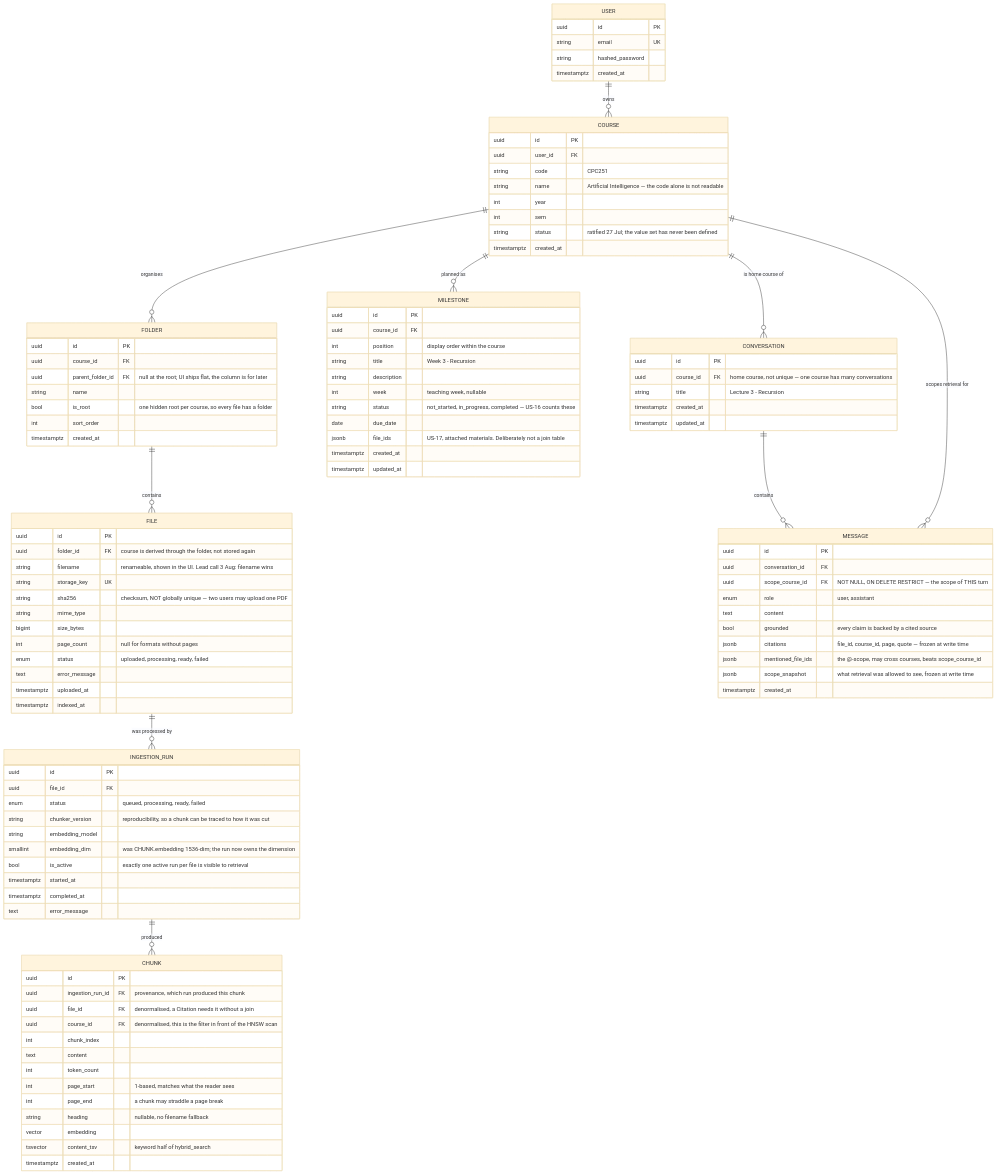
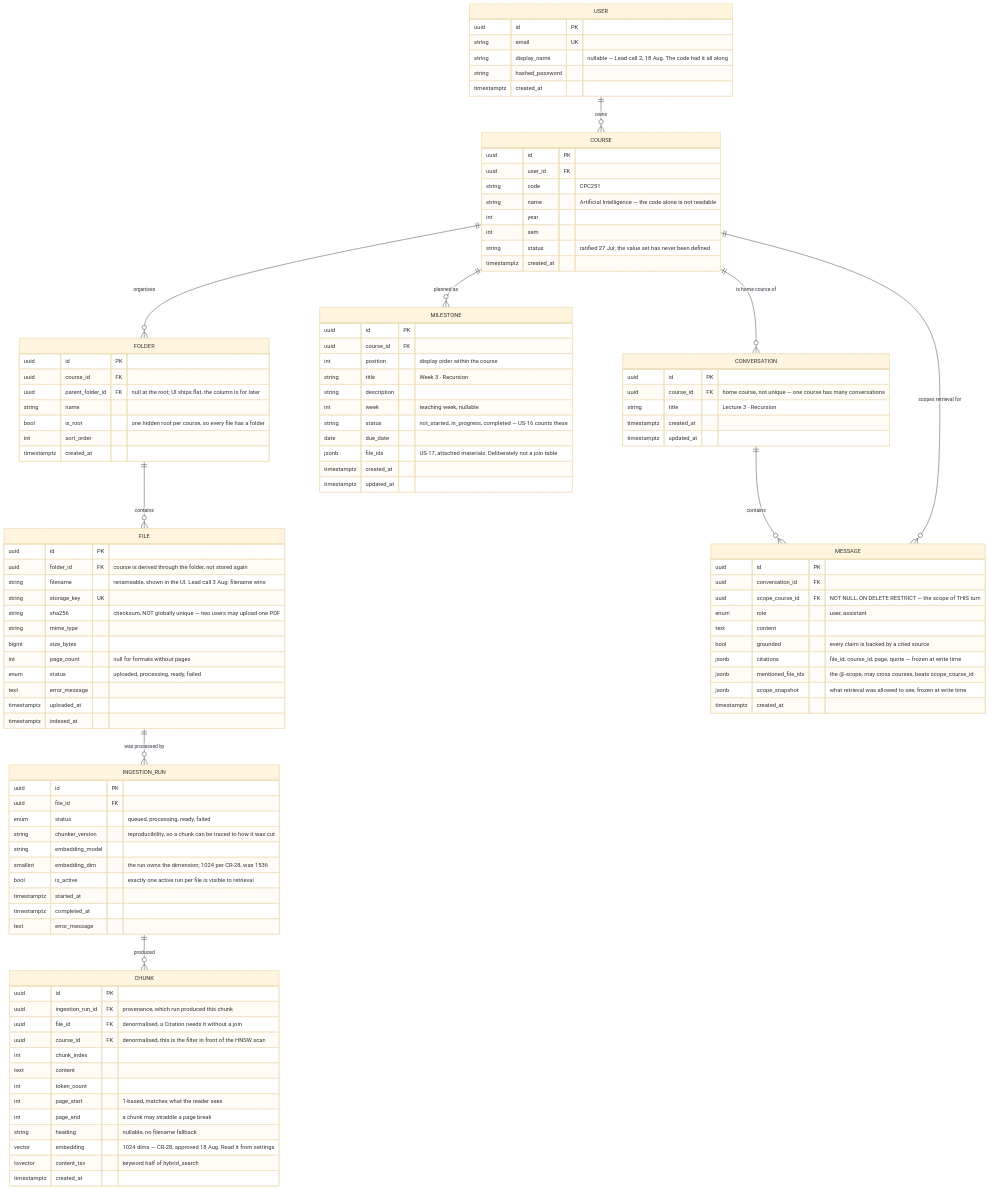
Before and after one commit to SussyMouse/NotToBeCooked: the diagram in docs/erd/erd.mmd, drawn with Mermaid (base theme). The commit also changed 2 other files, not shown here.

First paragraph of the commit message:
docs(erd): land the 18 Aug decisions — no finding is left marked "Open — 18 Aug"
The meeting carried all ten decisions on the recommendation. These three
documents were still written as if the night had not happened.

```diff
--- a/docs/erd/erd.mmd
+++ b/docs/erd/erd.mmd
@@ -56,6 +56,34 @@
 %%   datetime -> timestamptz throughout. Naive timestamps are not storable for a
 %%                       system whose citations must survive a re-index
 %% ---
+%% ---
+%% 18 Aug 2026 meeting. Ten decisions, all carried on the recommendation. The four
+%% that change this diagram:
+%%   D1  CONVERSATION and FILE both follow this diagram, not the code (option A).
+%%       So CONVERSATION keeps course_id alone and FILE hangs off FOLDER. The code
+%%       was aligned the same night — see docs/erd/CODE_VS_ERD.md
+%%   D2  MESSAGE keeps all three of scope_course_id, citations and scope_snapshot,
+%%       and scope_course_id keeps ON DELETE RESTRICT. This closes R3: the 15 Aug
+%%       CASCADE vote is superseded, not merely flagged
+%%   D3  CR-28 approved. The active embedding dimension is 1024, not 1536
+%%   Lead call 2  USER gains display_name. The column has existed in the code since
+%%       the first commit; the diagram was the side that was wrong
+%% Findings closed the same night:
+%%   R13 declined — no MESSAGE_SCOPE_COURSE junction table in v1. Reopens if US-12
+%%       produces an acceptance case that genuinely needs two courses on one turn
+%%   R14 accepted, then routed by Lead ruling to scope_snapshot rather than into
+%%       citations. A chunk id inside a citation breaks on re-index; inside a
+%%       snapshot a stale id is simply the record of what happened
+%%   R15 accepted — signup creates one "Unsorted" course, so course_id can stay
+%%       NOT NULL without making first run a dead end (routers/auth.py)
+%%   R16 declined — no soft delete in v1. Note the consequence: with RESTRICT on
+%%       MESSAGE.scope_course_id and no deleted_at, a course that has been used in
+%%       any turn cannot be removed at all. v1 ships with no delete-course feature
+%%   R6  not reached on the night, so it proceeds on the recommendation as recorded:
+%%       mentioned_file_ids stays JSONB with no foreign key in v1. Folder-level
+%%       @-mentions are first item at the next meeting
+%%   R10 deferred again. Turn order stays implied by created_at in v1
+%% ---
 %% A bare "%%" line breaks mermaid's ER parser. Every comment line needs content.
 
 erDiagram
@@ -73,6 +101,7 @@
     USER {
         uuid id PK
         string email UK
+        string display_name "nullable — Lead call 2, 18 Aug. The code had it all along"
         string hashed_password
         timestamptz created_at
     }
@@ -133,7 +162,7 @@
         enum status "queued, processing, ready, failed"
         string chunker_version "reproducibility, so a chunk can be traced to how it was cut"
         string embedding_model
-        smallint embedding_dim "was CHUNK.embedding 1536-dim; the run now owns the dimension"
+        smallint embedding_dim "the run owns the dimension; 1024 per CR-28, was 1536"
         bool is_active "exactly one active run per file is visible to retrieval"
         timestamptz started_at
         timestamptz completed_at
@@ -151,7 +180,7 @@
         int page_start "1-based, matches what the reader sees"
         int page_end "a chunk may straddle a page break"
         string heading "nullable, no filename fallback"
-        vector embedding
+        vector embedding "1024 dims — CR-28, approved 18 Aug. Read it from settings"
         tsvector content_tsv "keyword half of hybrid_search"
         timestamptz created_at
     }
```
